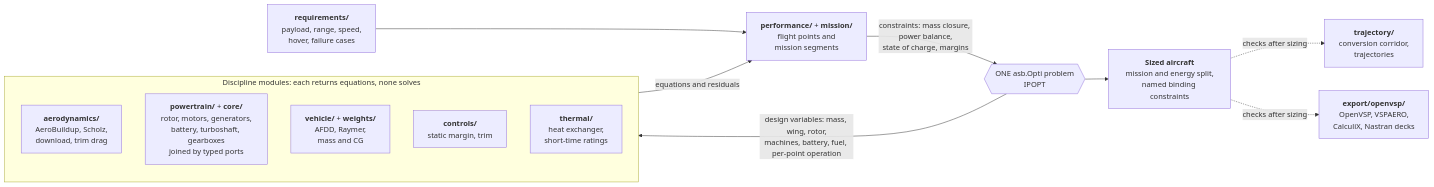
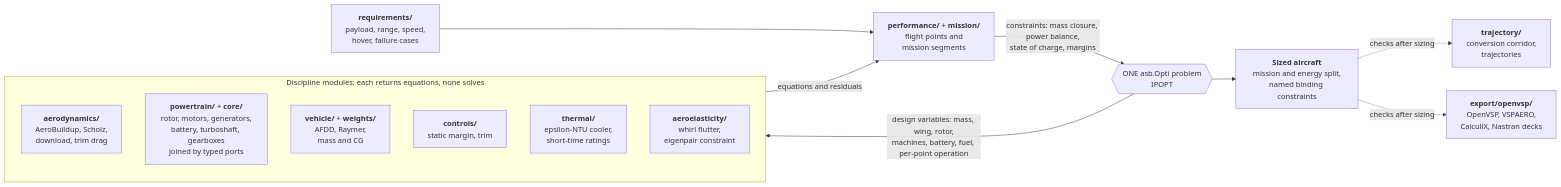
The first of 2 diagrams in README.md (rootAmos/size_halo), drawn with Mermaid before and after one commit. The commit also changed other lines of this file and 13 other files, not shown here.

````diff
--- a/README.md
+++ b/README.md
@@ -94,25 +108,26 @@
 ```mermaid
 flowchart LR
     REQ["<b>requirements/</b><br/>payload, range, speed,<br/>hover, failure cases"]
     subgraph MODELS["Discipline modules: each returns equations, none solves"]
         direction TB
         AERO["<b>aerodynamics/</b><br/>AeroBuildup, Scholz,<br/>download, trim drag"]
         PT["<b>powertrain/</b> + <b>core/</b><br/>rotor, motors, generators,<br/>battery, turboshaft, gearboxes<br/>joined by typed ports"]
         WT["<b>vehicle/</b> + <b>weights/</b><br/>AFDD, Raymer,<br/>mass and CG"]
         CTRL["<b>controls/</b><br/>static margin, trim"]
-        TH["<b>thermal/</b><br/>heat exchanger,<br/>short-time ratings"]
+        TH["<b>thermal/</b><br/>epsilon-NTU cooler,<br/>short-time ratings"]
+        AE["<b>aeroelasticity/</b><br/>whirl flutter,<br/>eigenpair constraint"]
     end
     PERF["<b>performance/</b> + <b>mission/</b><br/>flight points and<br/>mission segments"]
     OPTI{{"ONE asb.Opti problem<br/>IPOPT"}}
     OUT["<b>Sized aircraft</b><br/>mission and energy split,<br/>named binding constraints"]
     TRAJ["<b>trajectory/</b><br/>conversion corridor,<br/>trajectories"]
     EXP["<b>export/openvsp/</b><br/>OpenVSP, VSPAERO,<br/>CalculiX, Nastran decks"]
 
     REQ --> PERF
     MODELS -- "equations and residuals" --> PERF
     PERF -- "constraints: mass closure, power balance,<br/>state of charge, margins" --> OPTI
     OPTI -- "design variables: mass, wing, rotor,<br/>machines, battery, fuel, per-point operation" --> MODELS
     OPTI --> OUT
     OUT -. "checks after sizing" .-> TRAJ
     OUT -. "checks after sizing" .-> EXP
 ```
````
